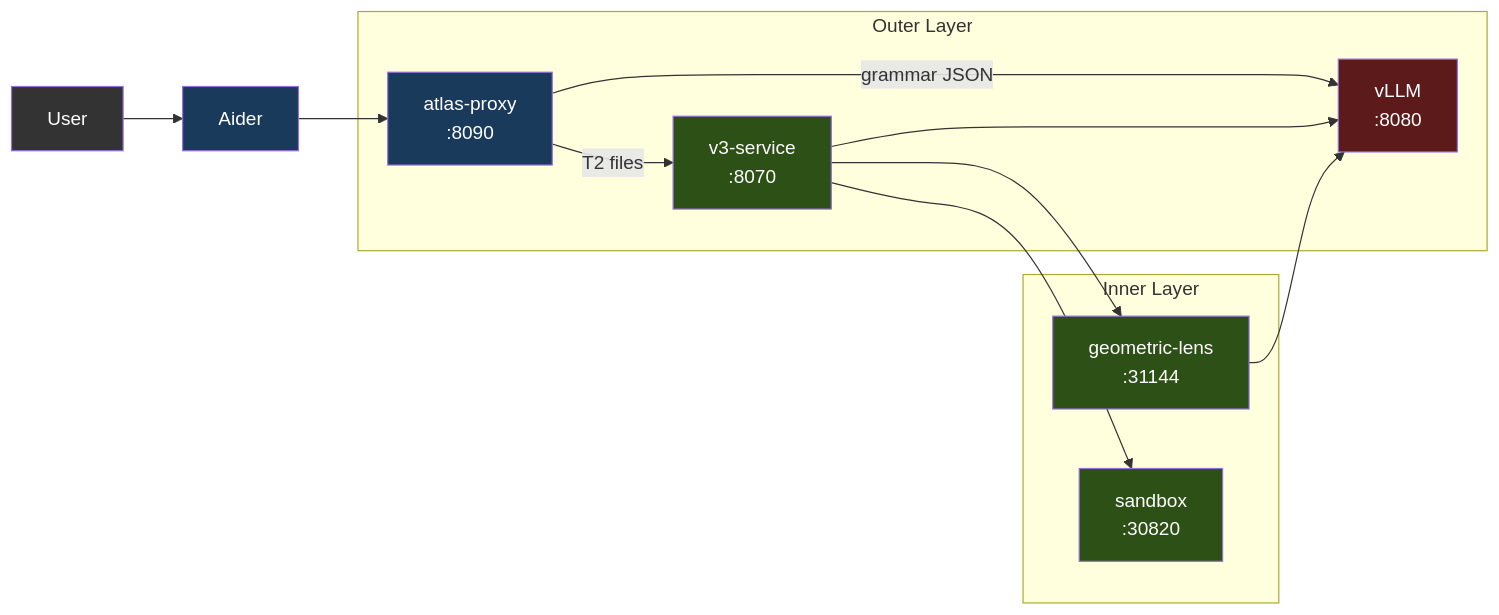
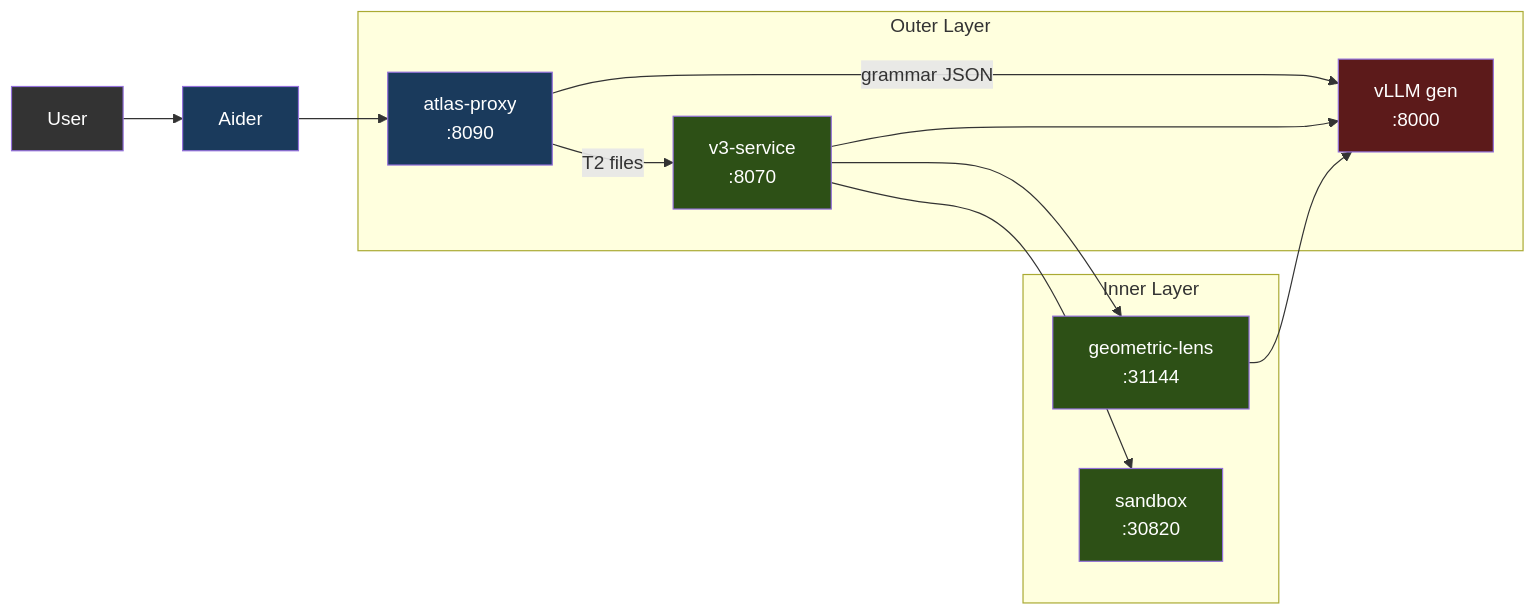
The first of 13 diagrams in docs/ARCHITECTURE.md (itigges22/ATLAS), drawn with Mermaid before and after one commit. The commit also changed other lines of this file and 7 other files, not shown here.

````diff
--- a/docs/ARCHITECTURE.md
+++ b/docs/ARCHITECTURE.md
@@ -9,24 +9,24 @@
 ```mermaid
 graph LR
     User["User"] --> Aider["Aider"] --> Proxy["atlas-proxy\n:8090"]
 
     subgraph outer["Outer Layer"]
-        Proxy -->|"grammar JSON"| LLM["vLLM\n:8080"]
+        Proxy -->|"grammar JSON"| LLM["vLLM gen\n:8000"]
         Proxy -->|"T2 files"| V3Service["v3-service\n:8070"]
     end
 
     subgraph inner["Inner Layer"]
         V3Service --> LLM
         V3Service --> Lens["geometric-lens\n:31144"]
         V3Service --> Sandbox["sandbox\n:30820"]
         Lens --> LLM
     end
 
     style User fill:#333,color:#fff
     style Aider fill:#1a3a5c,color:#fff
     style Proxy fill:#1a3a5c,color:#fff
     style LLM fill:#5c1a1a,color:#fff
     style V3Service fill:#2d5016,color:#fff
     style Lens fill:#2d5016,color:#fff
     style Sandbox fill:#2d5016,color:#fff
 ```
````
